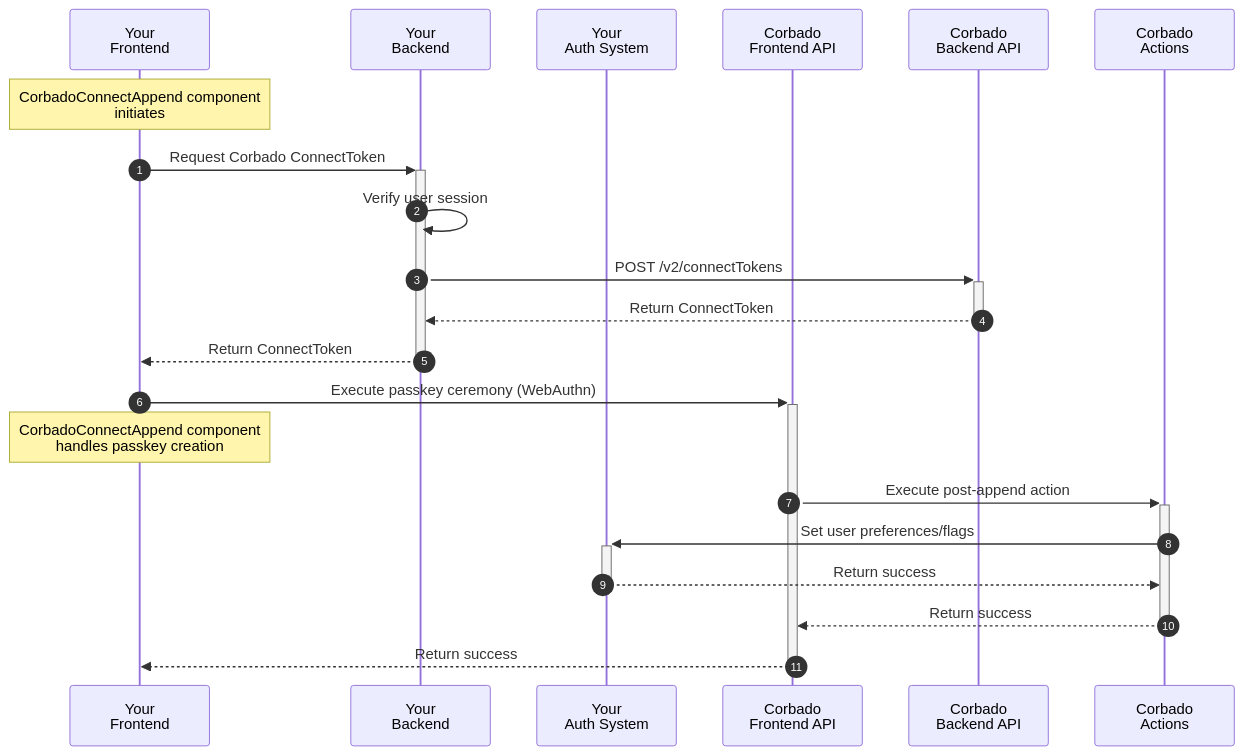
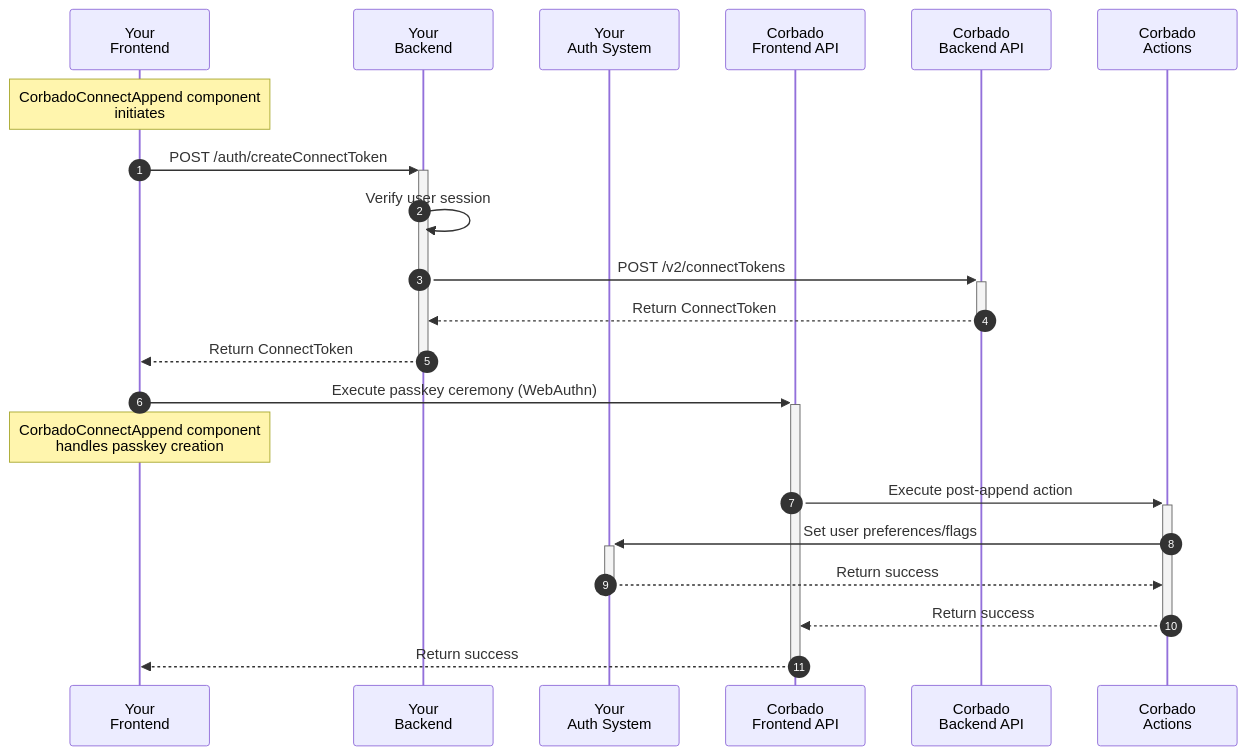
The first of 4 diagrams in corbado-connect/integration/generic/web.mdx (corbadotech/docs), drawn with Mermaid before and after one commit. The commit also changed other lines of this file and 2 other files, not shown here.

Commit message:
Renamed own backend endpoints

````diff
--- a/corbado-connect/integration/generic/web.mdx
+++ b/corbado-connect/integration/generic/web.mdx
@@ -38,25 +38,25 @@
 ```mermaid
 sequenceDiagram
     autonumber
     participant Frontend as Your<br/>Frontend
     participant Backend as Your<br/>Backend
     participant IdP as Your<br/>Auth System
     participant FAPI as Corbado<br/>Frontend API
     participant BAPI as Corbado<br/>Backend API
     participant Actions as Corbado<br/>Actions
 
     Note over Frontend: CorbadoConnectAppend component<br/>initiates
-    Frontend->>+Backend: Request Corbado ConnectToken
+    Frontend->>+Backend: POST /auth/createConnectToken
     Backend->>Backend: Verify user session
     Backend->>+BAPI: POST /v2/connectTokens
     BAPI-->>-Backend: Return ConnectToken
     Backend-->>-Frontend: Return ConnectToken
 
     Frontend->>+FAPI: Execute passkey ceremony (WebAuthn)
     Note over Frontend: CorbadoConnectAppend component<br/>handles passkey creation
     FAPI->>+Actions: Execute post-append action
     Actions->>+IdP: Set user preferences/flags
     IdP-->>-Actions: Return success
     Actions-->>-FAPI: Return success
     FAPI-->>-Frontend: Return success
 ```
````
